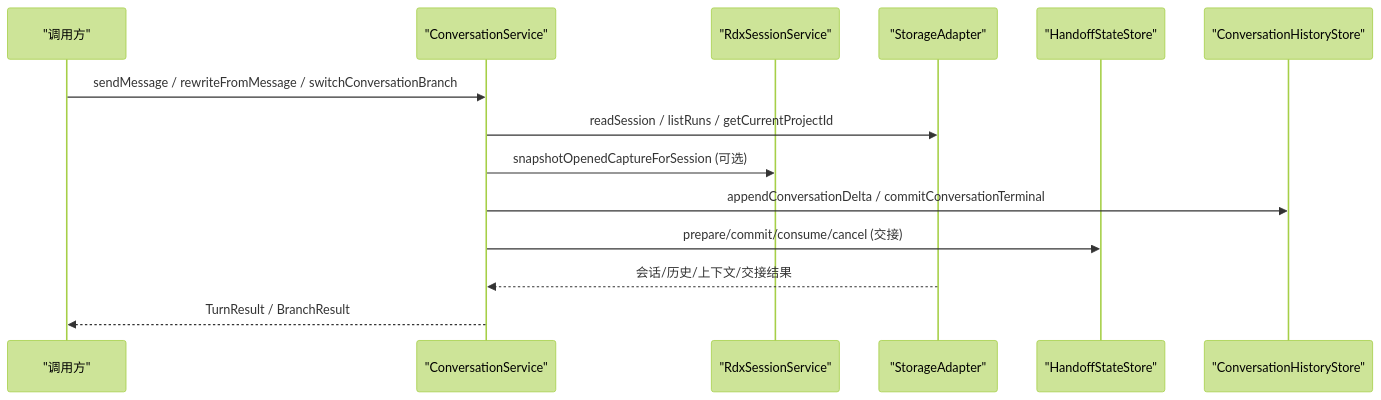
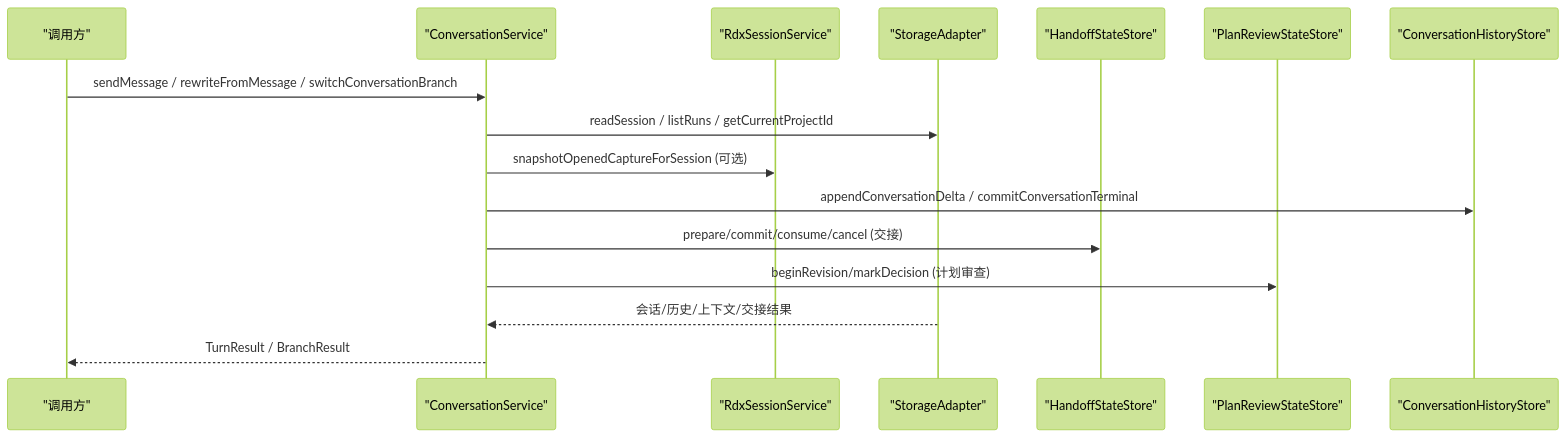
The second of 7 diagrams in .qoder/repowiki/zh/content/核心模块/会话管理系统/会话管理系统.md (haolange/RDC-Agent), drawn with Mermaid (forest theme) before and after one commit. The commit also changed other lines of this file and 208 other files, not shown here.

````diff
--- a/.qoder/repowiki/zh/content/核心模块/会话管理系统/会话管理系统.md
+++ b/.qoder/repowiki/zh/content/核心模块/会话管理系统/会话管理系统.md
@@ -103,16 +117,18 @@
 ```mermaid
 sequenceDiagram
 participant UI as "调用方"
 participant CS as "ConversationService"
 participant RS as "RdxSessionService"
 participant SA as "StorageAdapter"
 participant HS as "HandoffStateStore"
+participant PRS as "PlanReviewStateStore"
 participant CHS as "ConversationHistoryStore"
 UI->>CS : sendMessage / rewriteFromMessage / switchConversationBranch
 CS->>SA : readSession / listRuns / getCurrentProjectId
 CS->>RS : snapshotOpenedCaptureForSession (可选)
 CS->>CHS : appendConversationDelta / commitConversationTerminal
 CS->>HS : prepare/commit/consume/cancel (交接)
+CS->>PRS : beginRevision/markDecision (计划审查)
 SA-->>CS : 会话/历史/上下文/交接结果
 CS-->>UI : TurnResult / BranchResult
 ```
````
